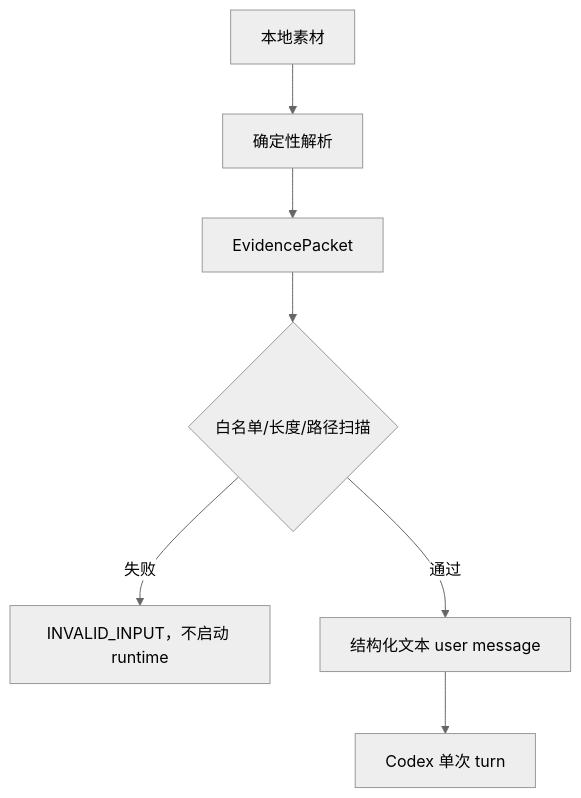
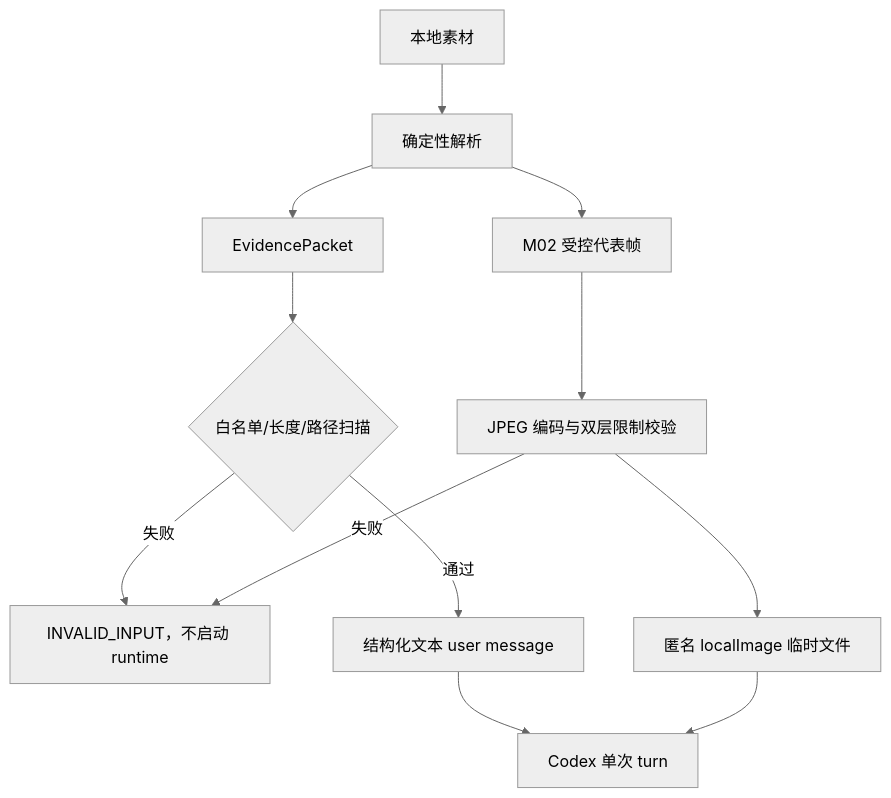
The second of 2 diagrams in docs/development/Codex订阅模型分析-DEV-0020-v1.0.md (wzhic/material), drawn with Mermaid (neutral theme) before and after one commit. The commit also changed other lines of this file and 12 other files, not shown here.

```diff
--- a/docs/development/Codex订阅模型分析-DEV-0020-v1.0.md
+++ b/docs/development/Codex订阅模型分析-DEV-0020-v1.0.md
@@ -127,9 +128,14 @@
 ~~~mermaid
 flowchart TD
     M[本地素材] --> P[确定性解析]
     P --> E[EvidencePacket]
     E --> V{白名单/长度/路径扫描}
     V -->|失败| F[INVALID_INPUT，不启动 runtime]
     V -->|通过| T[结构化文本 user message]
+    P --> M02[M02 受控代表帧]
+    M02 --> J[JPEG 编码与双层限制校验]
+    J -->|失败| F
+    J --> L[匿名 localImage 临时文件]
     T --> C[Codex 单次 turn]
+    L --> C
 ~~~
```
